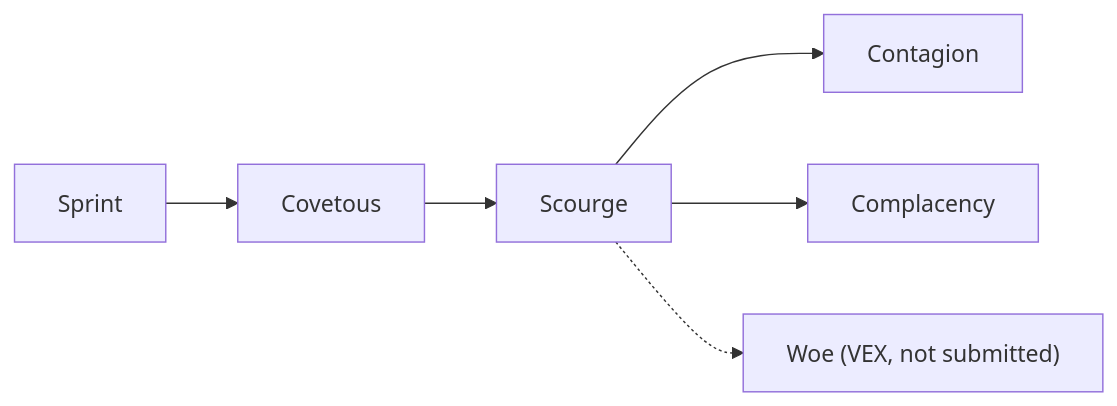
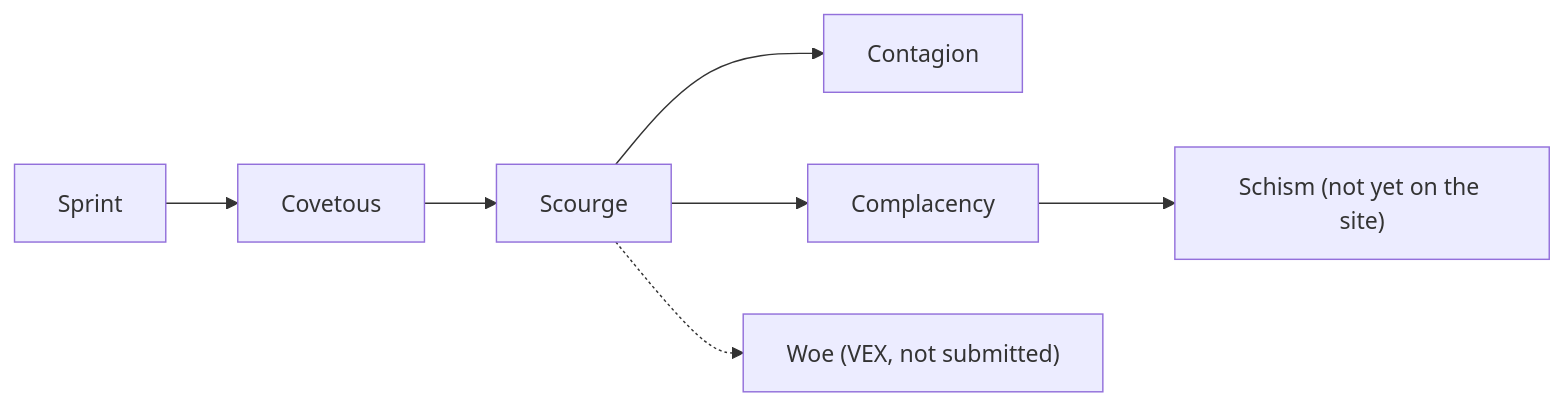
Before and after one commit to avarice-dev/AI-CellHack2: the second of 2 diagrams in architecture/cells-and-experiments.md, drawn with Mermaid. The commit also changed other lines of this file and 7 other files, not shown here.

````diff
--- a/architecture/cells-and-experiments.md
+++ b/architecture/cells-and-experiments.md
@@ -95,6 +96,7 @@
 ```mermaid
 flowchart LR
     S["Sprint"] --> C["Covetous"] --> SC["Scourge"] --> CO["Contagion"]
     SC --> CP["Complacency"]
+    CP --> SM["Schism (not yet on the site)"]
     SC -.-> W["Woe (VEX, not submitted)"]
 ```
````
